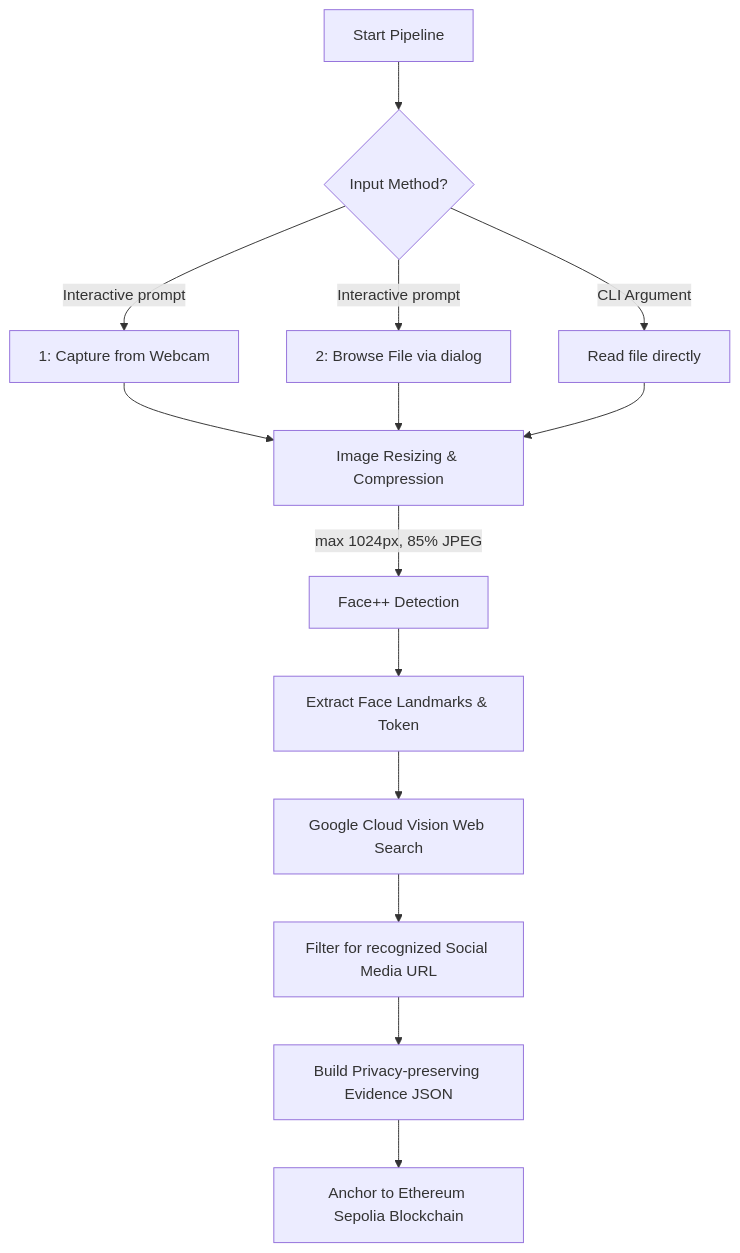
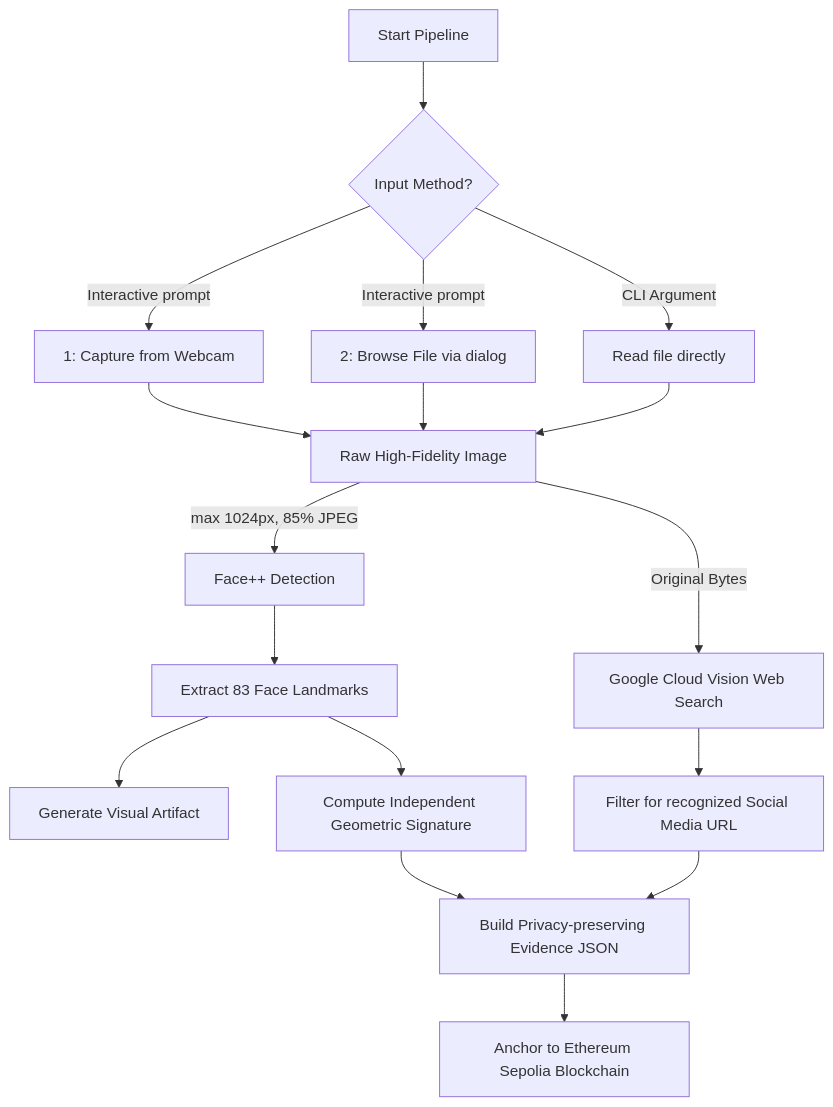
The diagram in README.md (Rounaknyk/FaceChain), drawn with Mermaid before and after one commit. The commit also changed other lines of this file, not shown here.

Commit message:
update readme and diagram to reflect decoupled processing and visualizations

````diff
--- a/README.md
+++ b/README.md
@@ -12,16 +12,19 @@
 ```mermaid
 graph TD
     A[Start Pipeline] --> B{Input Method?}
     B -->|Interactive prompt| C[1: Capture from Webcam]
     B -->|Interactive prompt| D[2: Browse File via dialog]
     B -->|CLI Argument| E[Read file directly]
-    C --> F[Image Resizing & Compression]
+    C --> F[Raw High-Fidelity Image]
     D --> F
     E --> F
     F -->|max 1024px, 85% JPEG| G[Face++ Detection]
-    G --> H[Extract Face Landmarks & Token]
-    H --> I[Google Cloud Vision Web Search]
-    I --> J[Filter for recognized Social Media URL]
-    J --> K[Build Privacy-preserving Evidence JSON]
-    K --> L[Anchor to Ethereum Sepolia Blockchain]
+    G --> H[Extract 83 Face Landmarks]
+    H --> I[Generate Visual Artifact]
+    H --> J[Compute Independent Geometric Signature]
+    F -->|Original Bytes| K[Google Cloud Vision Web Search]
+    K --> L[Filter for recognized Social Media URL]
+    J --> M[Build Privacy-preserving Evidence JSON]
+    L --> M
+    M --> N[Anchor to Ethereum Sepolia Blockchain]
 ```
````
